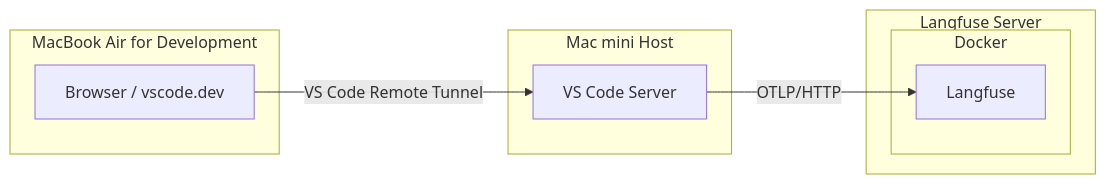
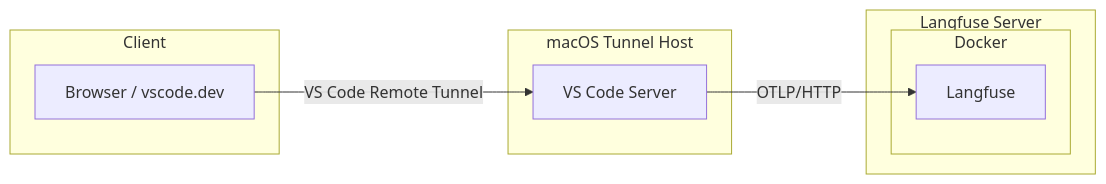
Before and after one commit to itTkm/langfuse-on-lan: the diagram in docs/vscode-remote-tunnel.en.md, drawn with Mermaid. The commit also changed other lines of this file and 1 other file, not shown here.

Commit message:
docs: make Tunnel setup complete for clean installations

````diff
--- a/docs/vscode-remote-tunnel.en.md
+++ b/docs/vscode-remote-tunnel.en.md
@@ -7,16 +7,16 @@
 ```mermaid
 flowchart LR
-  subgraph MBA[MacBook Air for Development]
+  subgraph MBA[Client]
     A[Browser / vscode.dev]
   end
-  subgraph MINI[Mac mini Host]
+  subgraph MINI[macOS Tunnel Host]
     C[VS Code Server]
   end
   subgraph LF[Langfuse Server]
     subgraph DOCKER[Docker]
       D[Langfuse]
     end
   end
   A -->|VS Code Remote Tunnel| C
   C -->|OTLP/HTTP| D
 ```
````
